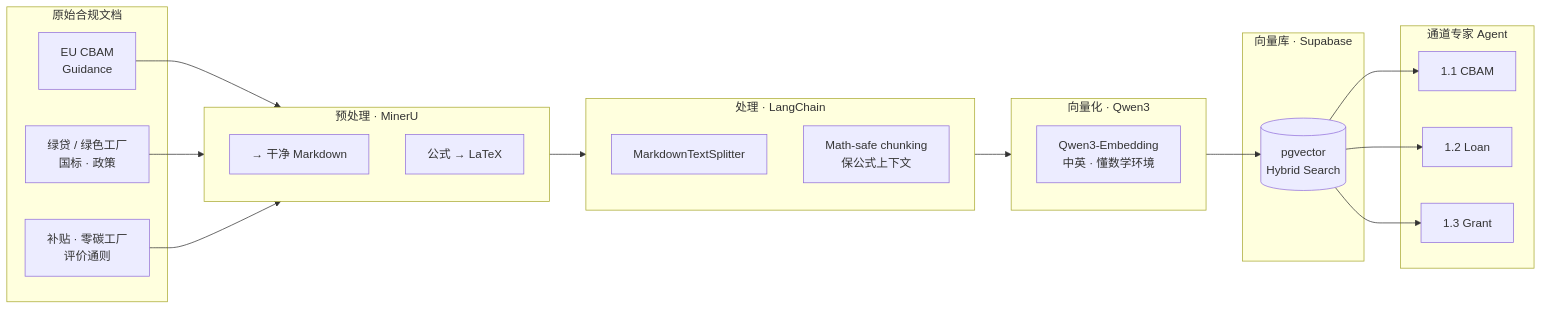
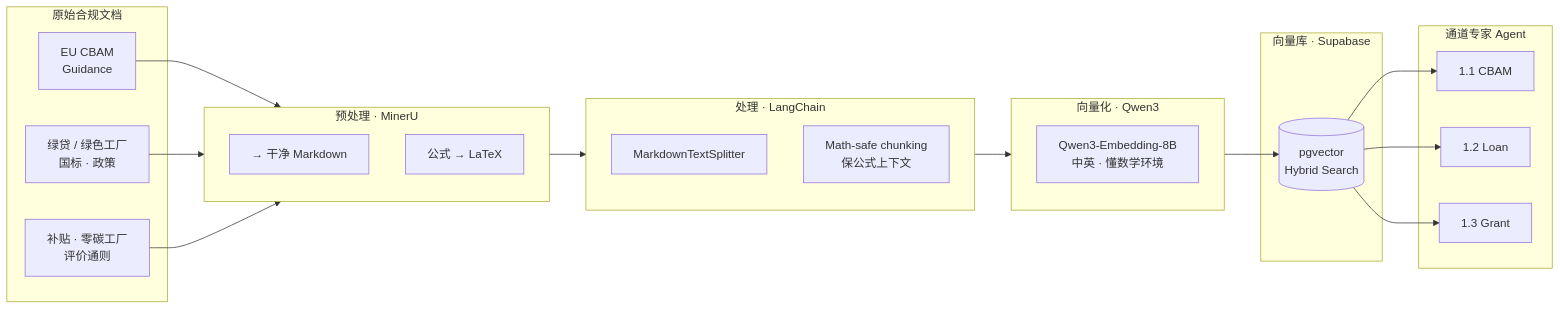
Before and after one commit to pennythewise/GreenGru: the fifth of 10 diagrams in README.md, drawn with Mermaid. The commit also changed other lines of this file and 82 other files, not shown here.

````diff
--- a/README.md
+++ b/README.md
@@ -137,34 +137,34 @@
 ```mermaid
 flowchart LR
   subgraph RAW["原始合规文档"]
     CBAM_DOC["EU CBAM<br/>Guidance"]
     LOAN_DOC["绿贷 / 绿色工厂<br/>国标 · 政策"]
     GRANT_DOC["补贴 · 零碳工厂<br/>评价通则"]
   end
   subgraph PREP["预处理 · MinerU"]
     MD["→ 干净 Markdown"]
     TEX["公式 → LaTeX"]
   end
   subgraph CHUNK["处理 · LangChain"]
     SPLIT["MarkdownTextSplitter"]
     MATH["Math-safe chunking<br/>保公式上下文"]
   end
   subgraph EMB["向量化 · Qwen3"]
-    QE["Qwen3-Embedding<br/>中英 · 懂数学环境"]
+    QE["Qwen3-Embedding-8B<br/>中英 · 懂数学环境"]
   end
   subgraph STORE["向量库 · Supabase"]
     VEC[("pgvector<br/>Hybrid Search")]
   end
   subgraph AG["通道专家 Agent"]
     A1["1.1 CBAM"]
     A2["1.2 Loan"]
     A3["1.3 Grant"]
   end
   CBAM_DOC --> PREP
   LOAN_DOC --> PREP
   GRANT_DOC --> PREP
   PREP --> CHUNK --> EMB --> VEC
   VEC --> A1
   VEC --> A2
   VEC --> A3
 ```
````
